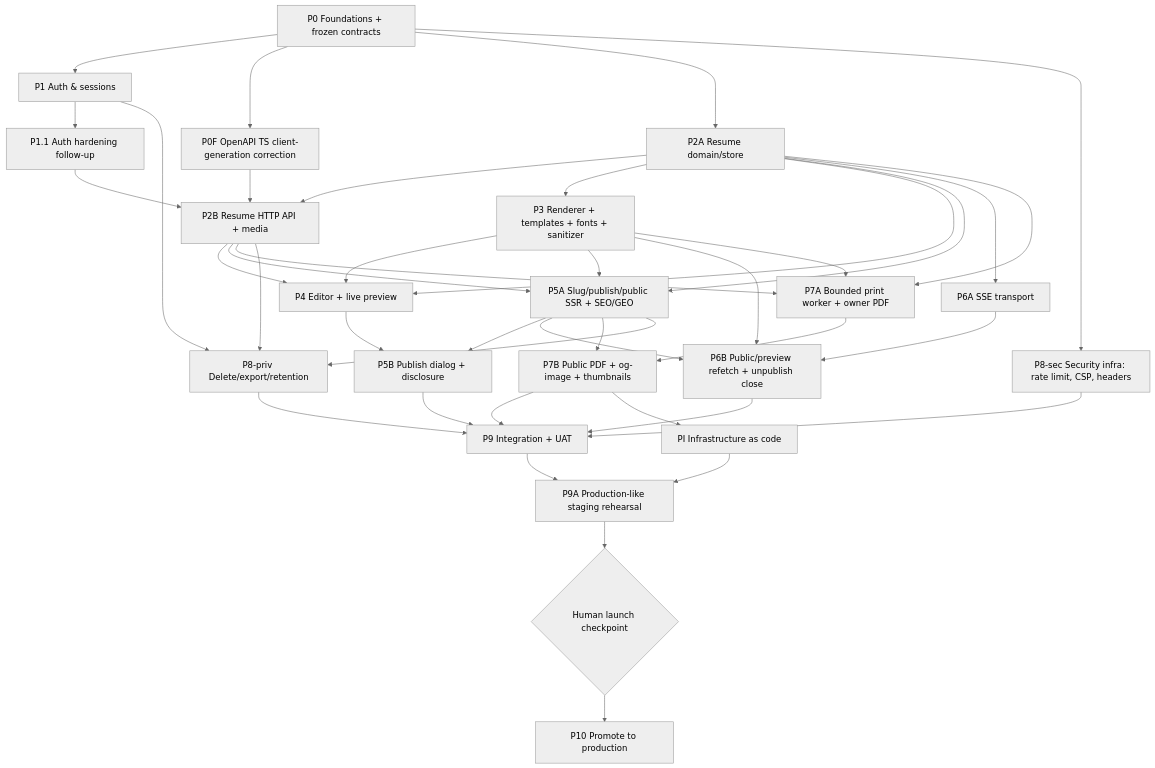
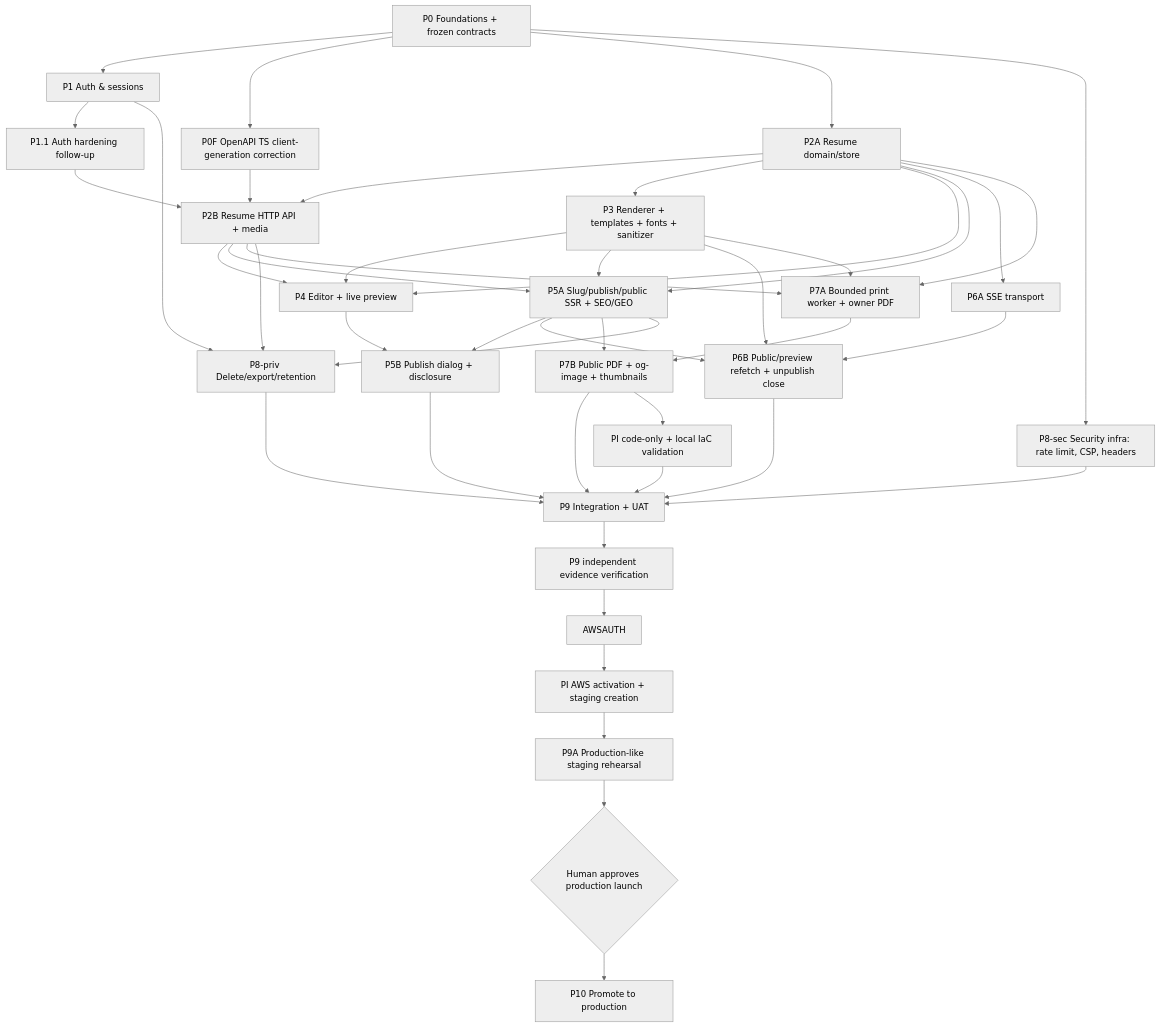
One commit to dannyota/aboutme changed the diagram in docs/plans/implementation-plan.md. Above: the diagram before and after it, drawn with Mermaid (neutral theme). The commit also changed other lines of this file and 5 other files, not shown here.

````diff
--- a/docs/plans/implementation-plan.md
+++ b/docs/plans/implementation-plan.md
@@ -114,42 +142,45 @@
 ```mermaid
 graph TD
     P0[P0 Foundations + frozen contracts] --> P1[P1 Auth & sessions]
     P0 --> P0F[P0F OpenAPI TS client-generation correction]
     P1 --> P1F[P1.1 Auth hardening follow-up]
     P0 --> P2A[P2A Resume domain/store]
     P1F --> P2B[P2B Resume HTTP API + media]
     P0F --> P2B
     P2A --> P2B
     P2A --> P3[P3 Renderer + templates + fonts + sanitizer]
     P2A --> P4[P4 Editor + live preview]
     P2B --> P4
     P3 --> P4
     P2A --> P5A[P5A Slug/publish/public SSR + SEO/GEO]
     P2B --> P5A
     P3 --> P5A
     P4 --> P5B[P5B Publish dialog + disclosure]
     P5A --> P5B
     P2A --> P6A[P6A SSE transport]
     P3 --> P6B[P6B Public/preview refetch + unpublish close]
     P5A --> P6B
     P6A --> P6B
     P2A --> P7A[P7A Bounded print worker + owner PDF]
     P2B --> P7A
     P3 --> P7A
     P5A --> P7B[P7B Public PDF + og-image + thumbnails]
     P7A --> P7B
     P0 --> P8S[P8-sec Security infra: rate limit, CSP, headers]
     P8S --> P9
     P1 --> P8P[P8-priv Delete/export/retention]
     P2B --> P8P
     P5A --> P8P
     P5B --> P9[P9 Integration + UAT]
     P6B --> P9
     P7B --> P9
     P8P --> P9
-    P9 --> P9A[P9A Production-like staging rehearsal]
-    P7B --> PI[PI Infrastructure as code]
-    PI --> P9A
-    P9A --> HC{Human launch checkpoint}
-    HC --> P10[P10 Promote to production]
+    P7B --> PIC[PI code-only + local IaC validation]
+    PIC --> P9
+    P9 --> EV[P9 independent evidence verification]
+    EV --> AWSAUTH
+    AWSAUTH --> PIA[PI AWS activation + staging creation]
+    PIA --> P9A[P9A Production-like staging rehearsal]
+    P9A --> PRODAUTH{Human approves production launch}
+    PRODAUTH --> P10[P10 Promote to production]
 ```
````
